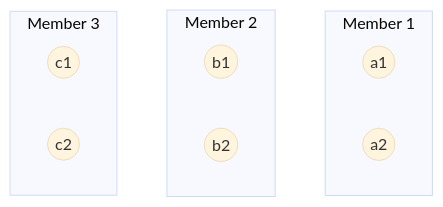
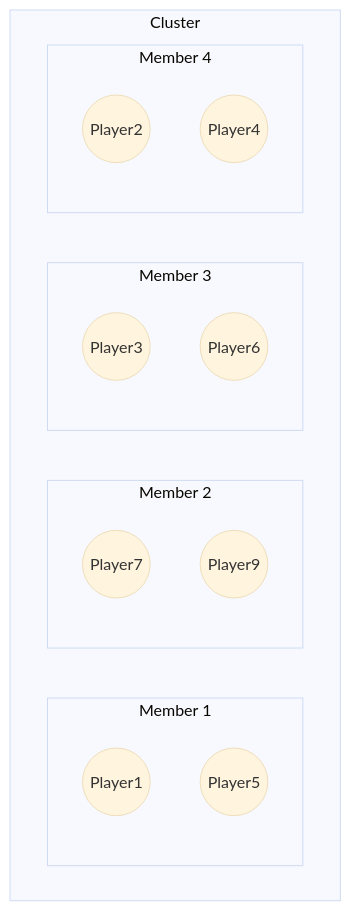
Before and after one commit to asynkron/protoactor-website: the third of 3 diagrams in hugo/content/docs/mermaid.md, drawn with Mermaid (base theme). The commit also changed 1 other file, not shown here.

````diff
--- a/hugo/content/docs/mermaid.md
+++ b/hugo/content/docs/mermaid.md
@@ -36,22 +36,30 @@
 ```mermaid
-graph TB
-    a1((a1))
-    a2((a2))
-    b1((b1))
-    b2((b2))
-    c1((c1))
-    c2((c2))
+graph TD
+    a1((Player1))
+    a2((Player5))
+    b1((Player7))
+    b2((Player9))
+    c1((Player3))
+    c2((Player6))
+    d1((Player2))
+    d2((Player4))
 
-    subgraph Member 1
-        a1
-        a2
-    end
-    subgraph Member 2
-        b1
-        b2
-    end
-    subgraph Member 3
-        c1
-        c2
+    subgraph Cluster
+        subgraph Member 1
+            a1
+            a2
+        end
+        subgraph Member 2
+            b1
+            b2
+        end
+        subgraph Member 3
+            c1
+            c2
+        end
+        subgraph Member 4
+            d1
+            d2
+        end
     end
 ```
````
